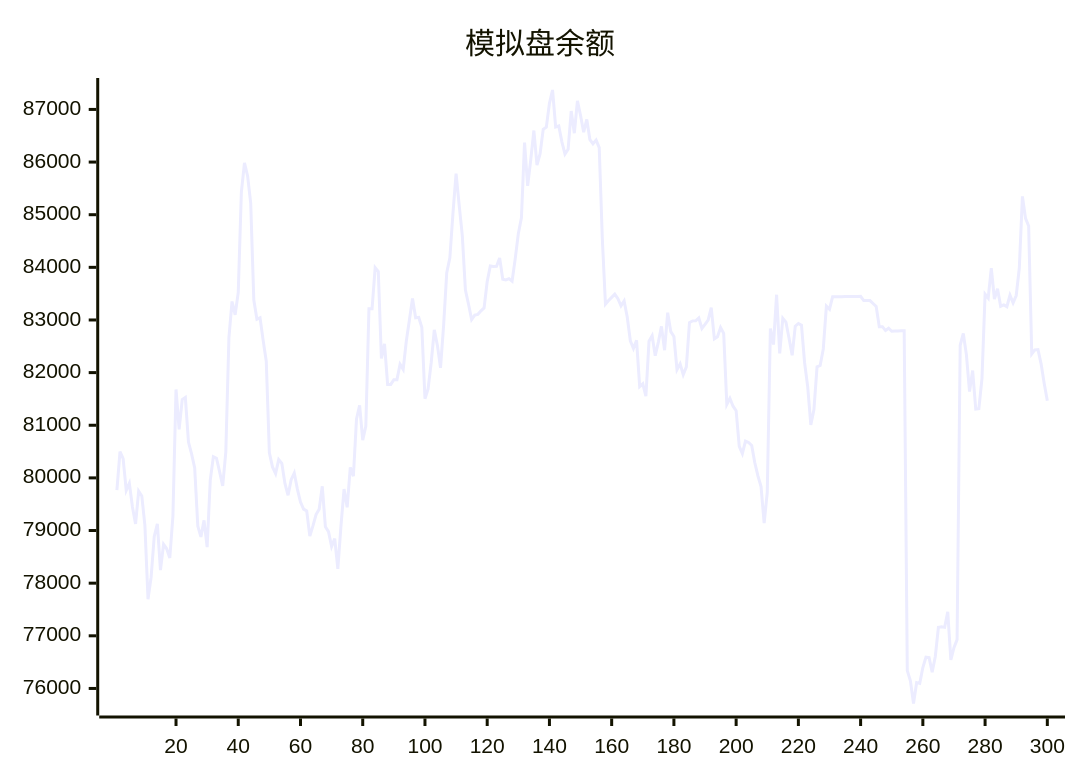
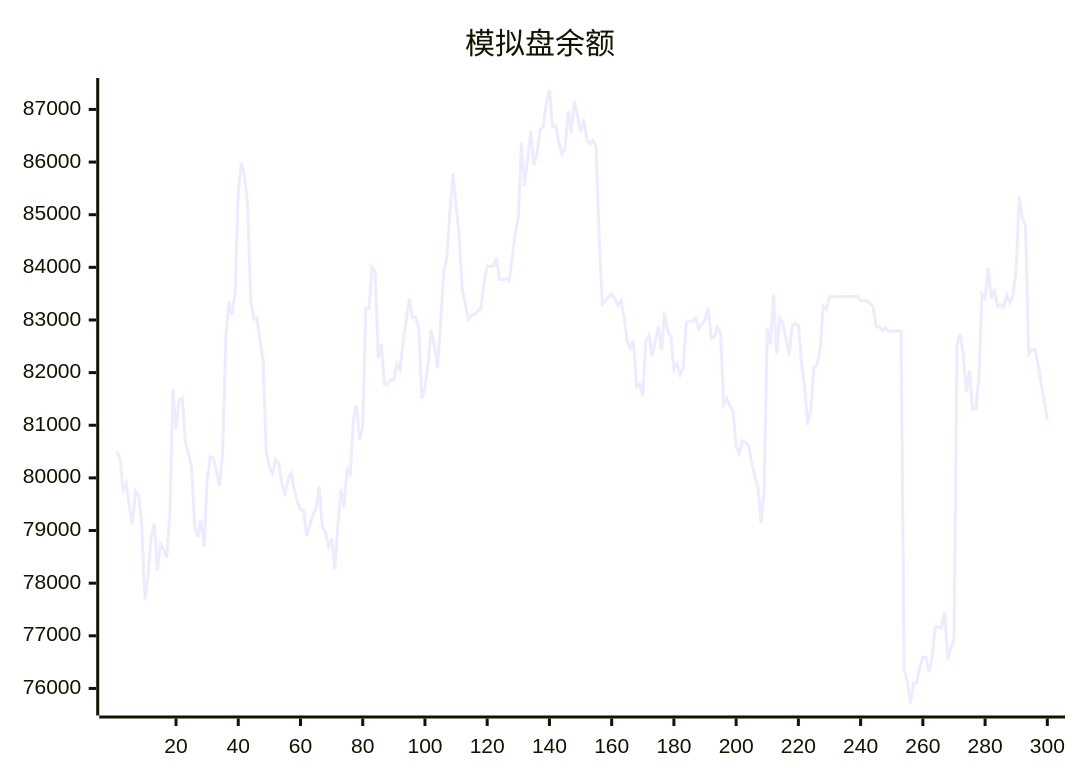
One commit to aahl/ai-trading changed the diagram in README.md. Above: the diagram before and after it, drawn with Mermaid. The commit also changed other lines of this file and 1 other file, not shown here.

````diff
--- a/README.md
+++ b/README.md
@@ -5,5 +5,5 @@
 ```mermaid
 xychart
     title "模拟盘余额"
-    line [79769,80497,80366,79761,79896,79448,79126,79749,79658,79097,77695,78114,78888,79126,78249,78738,78653,78478,79271,81680,80923,81488,81527,80681,80455,80190,79084,78879,79193,78686,79954,80403,80374,80118,79848,80491,82665,83351,83098,83525,85430,85983,85737,85221,83378,83014,83043,82613,82216,80477,80208,80081,80348,80277,79894,79670,79965,80093,79786,79542,79406,79371,78893,79087,79304,79406,79841,79072,78978,78696,78846,78272,79085,79787,79442,80198,80031,81120,81379,80718,80985,83214,83212,83993,83921,82270,82547,81776,81776,81866,81866,82158,82061,82596,83000,83408,83041,83050,82858,81503,81691,82188,82812,82517,82092,82901,83898,84180,85030,85781,85178,84604,83569,83298,83008,83093,83107,83175,83228,83729,84025,84017,84019,84177,83775,83762,83785,83738,84160,84639,84939,86370,85548,86046,86599,85942,86161,86622,86664,87115,87369,86666,86685,86384,86152,86243,86969,86548,87164,86885,86566,86809,86427,86348,86417,86273,84538,83299,83369,83430,83490,83404,83270,83362,83056,82605,82459,82614,81734,81788,81551,82598,82702,82320,82580,82878,82426,83139,82778,82686,82056,82166,81963,82110,82951,82983,82984,83038,82838,82915,82998,83235,82642,82682,82858,82746,81396,81512,81362,81277,80600,80461,80699,80673,80616,80288,80038,79836,79142,79722,82837,82533,83480,82366,83032,82960,82654,82330,82883,82934,82901,82188,81728,81005,81298,82110,82135,82449,83264,83203,83440,83439,83440,83440,83446,83447,83448,83447,83448,83449,83369,83369,83369,83313,83256,82872,82873,82801,82844,82785,82791,82791,82793,82794,76339,76145,75714,76110,76096,76397,76594,76585,76310,76607,77160,77170,77160,77456,76541,76774,76927,82520,82744,82337,81639,82040,81307,81314,81887,83490,83414,83984,83396,83594,83261,83287,83253,83470,83327,83465,83987,85348,84930,84786,82355,82433,82438,82167,81795,81466]
+    line [80497,80366,79761,79896,79448,79126,79749,79658,79097,77695,78114,78888,79126,78249,78738,78653,78478,79271,81680,80923,81488,81527,80681,80455,80190,79084,78879,79193,78686,79954,80403,80374,80118,79848,80491,82665,83351,83098,83525,85430,85983,85737,85221,83378,83014,83043,82613,82216,80477,80208,80081,80348,80277,79894,79670,79965,80093,79786,79542,79406,79371,78893,79087,79304,79406,79841,79072,78978,78696,78846,78272,79085,79787,79442,80198,80031,81120,81379,80718,80985,83214,83212,83993,83921,82270,82547,81776,81776,81866,81866,82158,82061,82596,83000,83408,83041,83050,82858,81503,81691,82188,82812,82517,82092,82901,83898,84180,85030,85781,85178,84604,83569,83298,83008,83093,83107,83175,83228,83729,84025,84017,84019,84177,83775,83762,83785,83738,84160,84639,84939,86370,85548,86046,86599,85942,86161,86622,86664,87115,87369,86666,86685,86384,86152,86243,86969,86548,87164,86885,86566,86809,86427,86348,86417,86273,84538,83299,83369,83430,83490,83404,83270,83362,83056,82605,82459,82614,81734,81788,81551,82598,82702,82320,82580,82878,82426,83139,82778,82686,82056,82166,81963,82110,82951,82983,82984,83038,82838,82915,82998,83235,82642,82682,82858,82746,81396,81512,81362,81277,80600,80461,80699,80673,80616,80288,80038,79836,79142,79722,82837,82533,83480,82366,83032,82960,82654,82330,82883,82934,82901,82188,81728,81005,81298,82110,82135,82449,83264,83203,83440,83439,83440,83440,83446,83447,83448,83447,83448,83449,83369,83369,83369,83313,83256,82872,82873,82801,82844,82785,82791,82791,82793,82794,76339,76145,75714,76110,76096,76397,76594,76585,76310,76607,77160,77170,77160,77456,76541,76774,76927,82520,82744,82337,81639,82040,81307,81314,81887,83490,83414,83984,83396,83594,83261,83287,83253,83470,83327,83465,83987,85348,84930,84786,82355,82433,82438,82167,81795,81466,81105]
 ```
````
